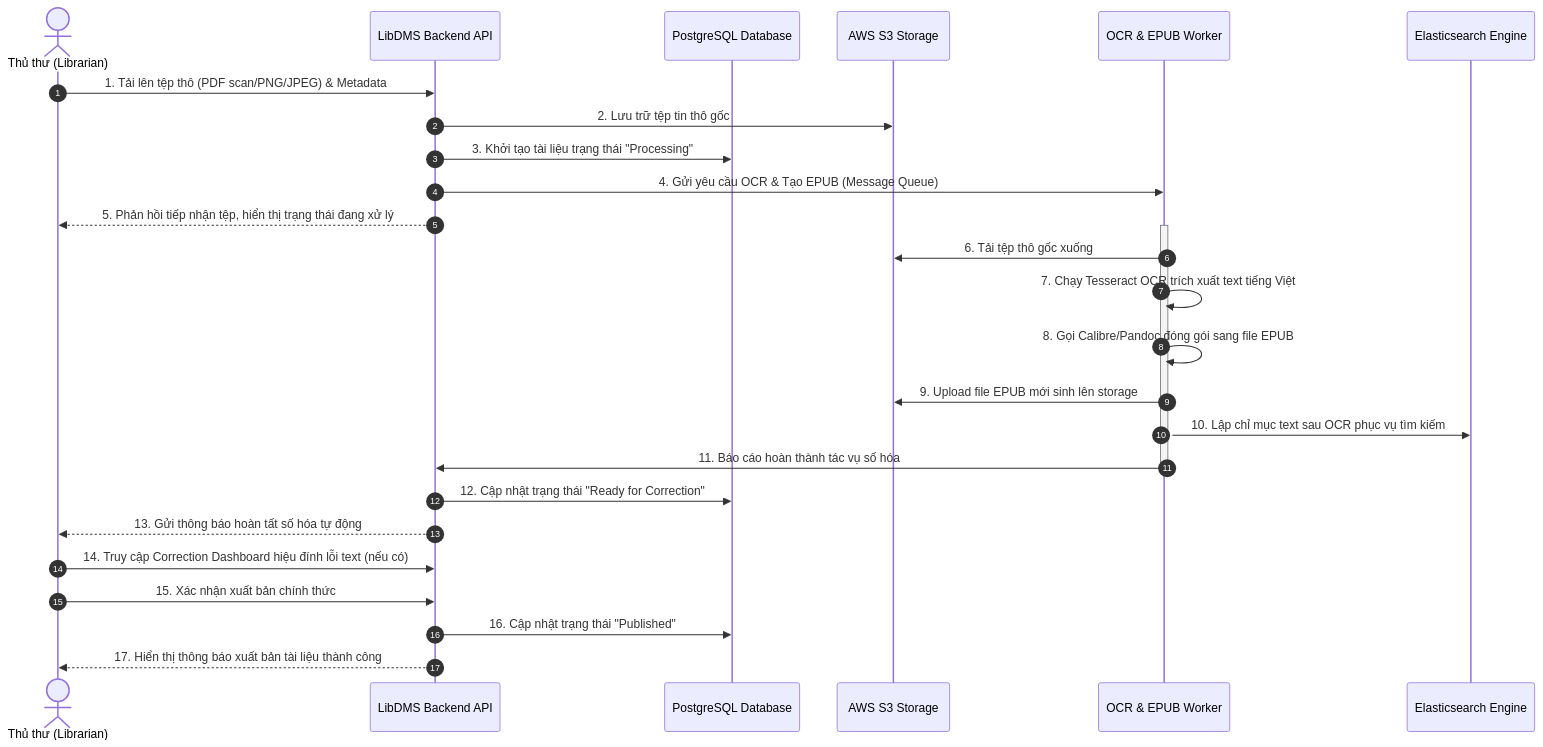
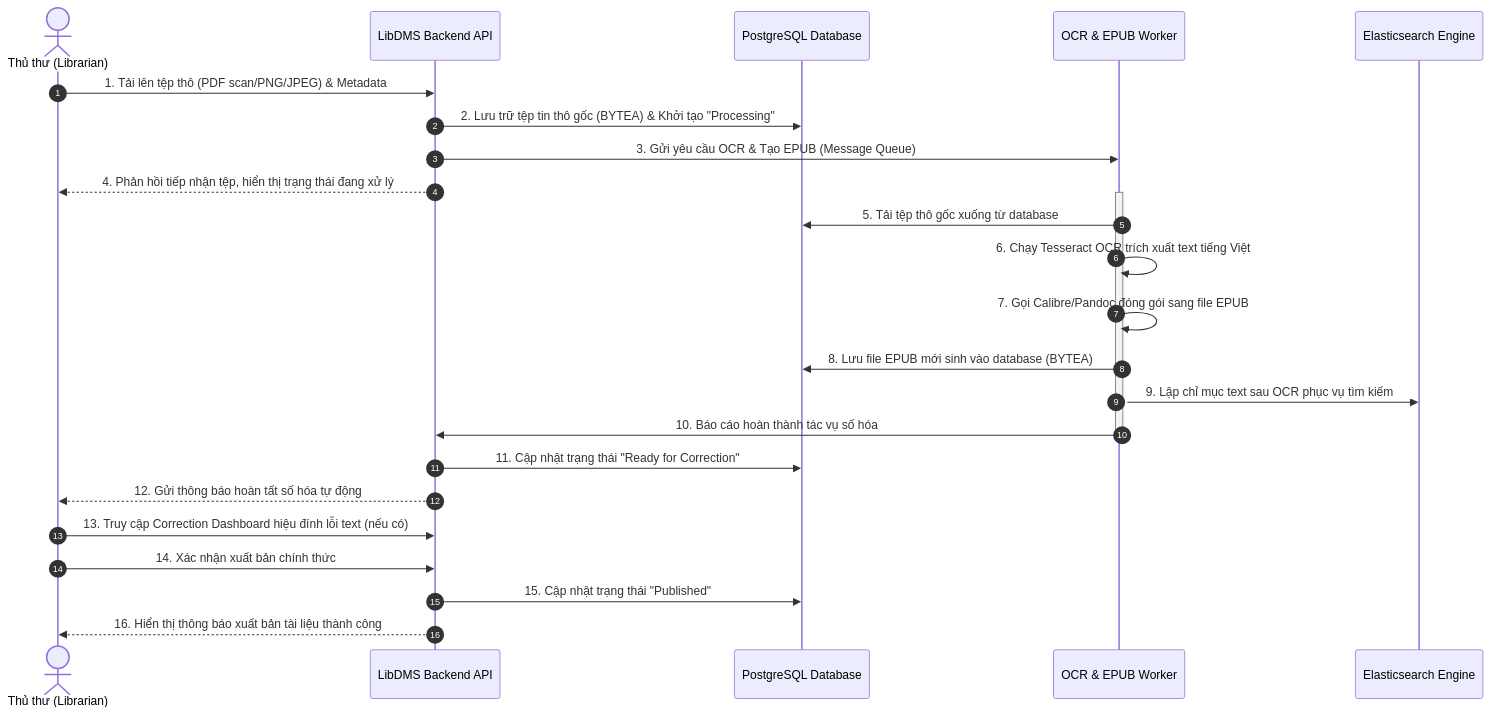
Before and after one commit to se-bros/hcmus-projectmanage--lab: the diagram in docs/images/submission_workflow.mmd, drawn with Mermaid. The commit also changed 37 other files, not shown here.

```diff
--- a/docs/images/submission_workflow.mmd
+++ b/docs/images/submission_workflow.mmd
@@ -1,31 +1,29 @@
 sequenceDiagram
     autonumber
     actor L as Thủ thư (Librarian)
     participant Sys as LibDMS Backend API
     participant DB as PostgreSQL Database
-    participant S3 as AWS S3 Storage
     participant W as OCR & EPUB Worker
     participant ES as Elasticsearch Engine
 
     L->>Sys: 1. Tải lên tệp thô (PDF scan/PNG/JPEG) & Metadata
-    Sys->>S3: 2. Lưu trữ tệp tin thô gốc
-    Sys->>DB: 3. Khởi tạo tài liệu trạng thái "Processing"
-    Sys->>W: 4. Gửi yêu cầu OCR & Tạo EPUB (Message Queue)
-    Sys-->>L: 5. Phản hồi tiếp nhận tệp, hiển thị trạng thái đang xử lý
+    Sys->>DB: 2. Lưu trữ tệp tin thô gốc (BYTEA) & Khởi tạo "Processing"
+    Sys->>W: 3. Gửi yêu cầu OCR & Tạo EPUB (Message Queue)
+    Sys-->>L: 4. Phản hồi tiếp nhận tệp, hiển thị trạng thái đang xử lý
     
     activate W
-    W->>S3: 6. Tải tệp thô gốc xuống
-    W->>W: 7. Chạy Tesseract OCR trích xuất text tiếng Việt
-    W->>W: 8. Gọi Calibre/Pandoc đóng gói sang file EPUB
-    W->>S3: 9. Upload file EPUB mới sinh lên storage
-    W->>ES: 10. Lập chỉ mục text sau OCR phục vụ tìm kiếm
-    W->>Sys: 11. Báo cáo hoàn thành tác vụ số hóa
+    W->>DB: 5. Tải tệp thô gốc xuống từ database
+    W->>W: 6. Chạy Tesseract OCR trích xuất text tiếng Việt
+    W->>W: 7. Gọi Calibre/Pandoc đóng gói sang file EPUB
+    W->>DB: 8. Lưu file EPUB mới sinh vào database (BYTEA)
+    W->>ES: 9. Lập chỉ mục text sau OCR phục vụ tìm kiếm
+    W->>Sys: 10. Báo cáo hoàn thành tác vụ số hóa
     deactivate W
     
-    Sys->>DB: 12. Cập nhật trạng thái "Ready for Correction"
-    Sys-->>L: 13. Gửi thông báo hoàn tất số hóa tự động
+    Sys->>DB: 11. Cập nhật trạng thái "Ready for Correction"
+    Sys-->>L: 12. Gửi thông báo hoàn tất số hóa tự động
     
-    L->>Sys: 14. Truy cập Correction Dashboard hiệu đính lỗi text (nếu có)
-    L->>Sys: 15. Xác nhận xuất bản chính thức
-    Sys->>DB: 16. Cập nhật trạng thái "Published"
-    Sys-->>L: 17. Hiển thị thông báo xuất bản tài liệu thành công
+    L->>Sys: 13. Truy cập Correction Dashboard hiệu đính lỗi text (nếu có)
+    L->>Sys: 14. Xác nhận xuất bản chính thức
+    Sys->>DB: 15. Cập nhật trạng thái "Published"
+    Sys-->>L: 16. Hiển thị thông báo xuất bản tài liệu thành công
```
